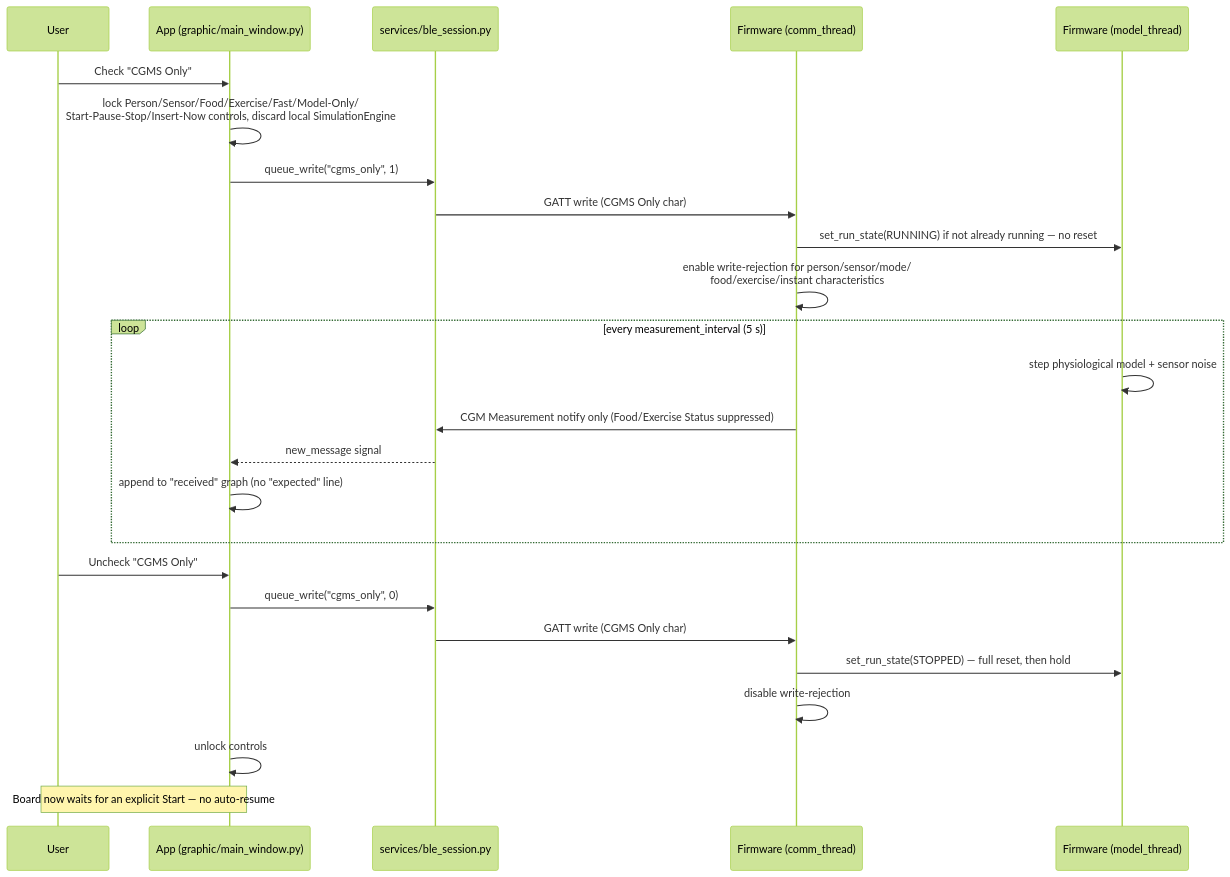
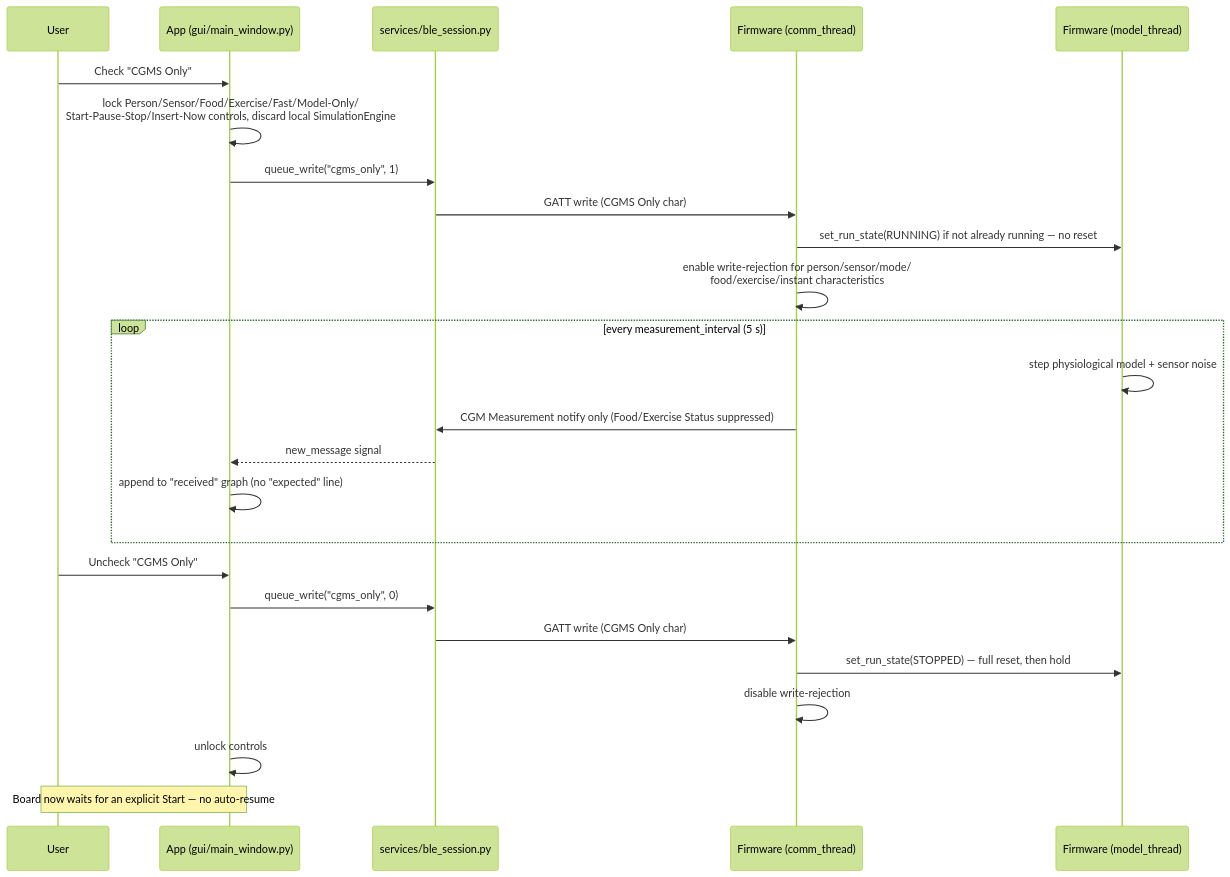
The sixth of 6 diagrams in docs/ARCHITECTURE.md (gomes717/SensorSimulator), drawn with Mermaid (forest theme) before and after one commit. The commit also changed other lines of this file and 38 other files, not shown here.

First line of the commit message:
Rename src/graphic/ -> src/gui/ (issue 17)

````diff
--- a/docs/ARCHITECTURE.md
+++ b/docs/ARCHITECTURE.md
@@ -294,29 +294,29 @@
 ```mermaid
 sequenceDiagram
     participant U as User
-    participant App as App (graphic/main_window.py)
+    participant App as App (gui/main_window.py)
     participant BLE as services/ble_session.py
     participant FW as Firmware (comm_thread)
     participant Model as Firmware (model_thread)
 
     U->>App: Check "CGMS Only"
     App->>App: lock Person/Sensor/Food/Exercise/Fast/Model-Only/<br/>Start-Pause-Stop/Insert-Now controls, discard local SimulationEngine
     App->>BLE: queue_write("cgms_only", 1)
     BLE->>FW: GATT write (CGMS Only char)
     FW->>Model: set_run_state(RUNNING) if not already running — no reset
     FW->>FW: enable write-rejection for person/sensor/mode/<br/>food/exercise/instant characteristics
     loop every measurement_interval (5 s)
         Model->>Model: step physiological model + sensor noise
         FW->>BLE: CGM Measurement notify only (Food/Exercise Status suppressed)
         BLE-->>App: new_message signal
         App->>App: append to "received" graph (no "expected" line)
     end
 
     U->>App: Uncheck "CGMS Only"
     App->>BLE: queue_write("cgms_only", 0)
     BLE->>FW: GATT write (CGMS Only char)
     FW->>Model: set_run_state(STOPPED) — full reset, then hold
     FW->>FW: disable write-rejection
     App->>App: unlock controls
     Note over U,App: Board now waits for an explicit Start — no auto-resume
 ```
````
